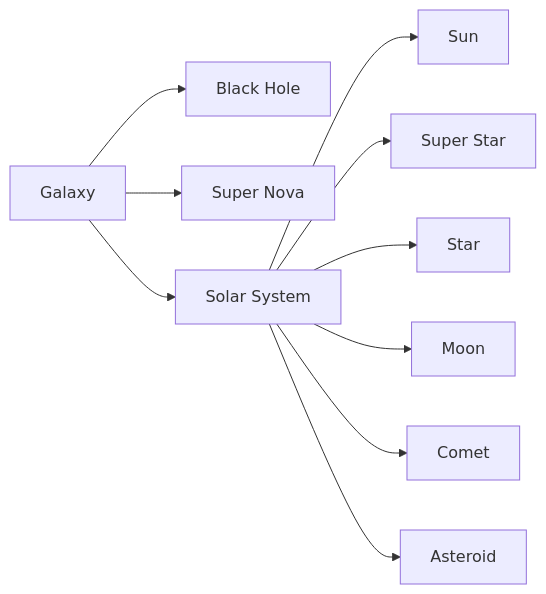
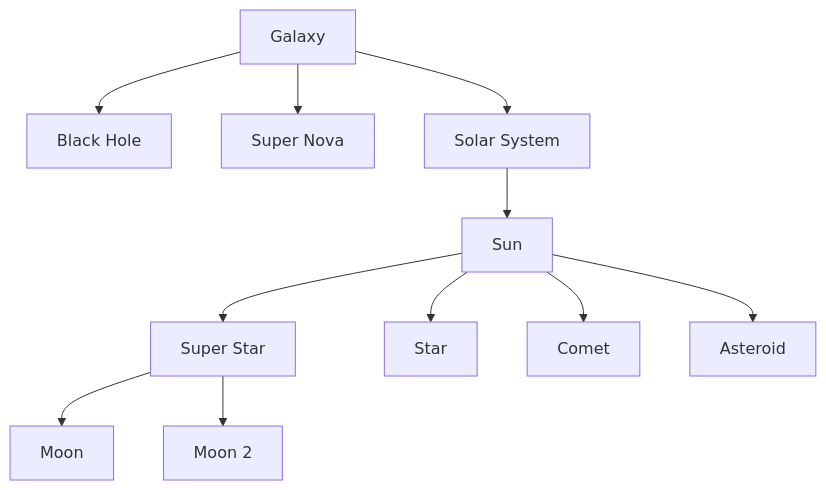
One commit to bjornmage/BUF changed the diagram in README.md. Above: the diagram before and after it, drawn with Mermaid.

Commit message:
Mine is better than yours.

````diff
--- a/README.md
+++ b/README.md
@@ -27,12 +27,13 @@
 ```mermaid 
-graph LR
+graph TD
 A[Galaxy]-->B[Black Hole]
 A[Galaxy]-->C[Super Nova]
 A[Galaxy]-->D[Solar System]
 D[Solar System]-->E[Sun]
-D[Solar System]-->F[Super Star]
-D[Solar System]-->G[Star]
-D[Solar System]-->H[Moon]
-D[Solar System]-->I[Comet]
-D[Solar System]-->J[Asteroid]
+E[Sun]-->F[Super Star]
+E[Sun]-->G[Star]
+F[Super Star]-->H[Moon]
+F[Super Star]-->K[Moon 2]
+E[Sun]-->I[Comet]
+E[Sun]-->J[Asteroid]
 ```
````
